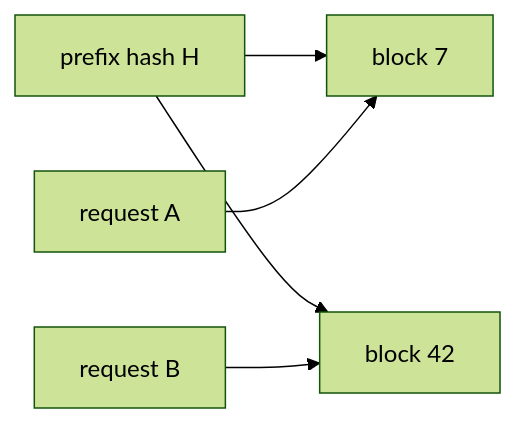
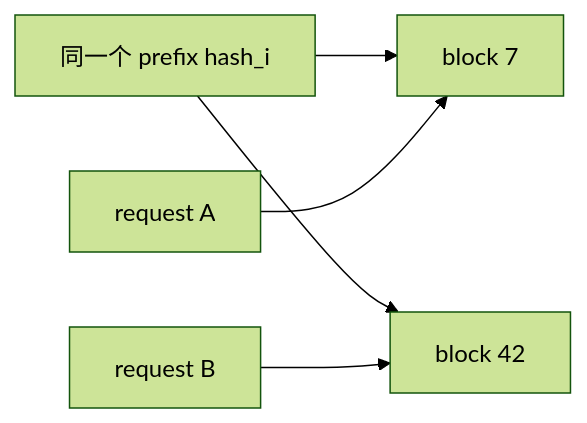
Diagram 15 of 36 in book/05-kv-cache/README.md (cluster1900/vllm_reader), drawn with Mermaid (forest theme) before and after one commit. The commit also changed other lines of this file, not shown here.

First line of the commit message:
docs(ch05): F/D 批次 B4 — 公式模板、推导算例、改名与必做图 (#24)

````diff
--- a/book/05-kv-cache/README.md
+++ b/book/05-kv-cache/README.md
@@ -847,8 +1046,8 @@
 ```mermaid
 flowchart LR
-    H[prefix hash H]
+    H[同一个 prefix hash_i]
     H --> B7[block 7]
     H --> B42[block 42]
     R1[request A] --> B7
     R2[request B] --> B42
 ```
````
